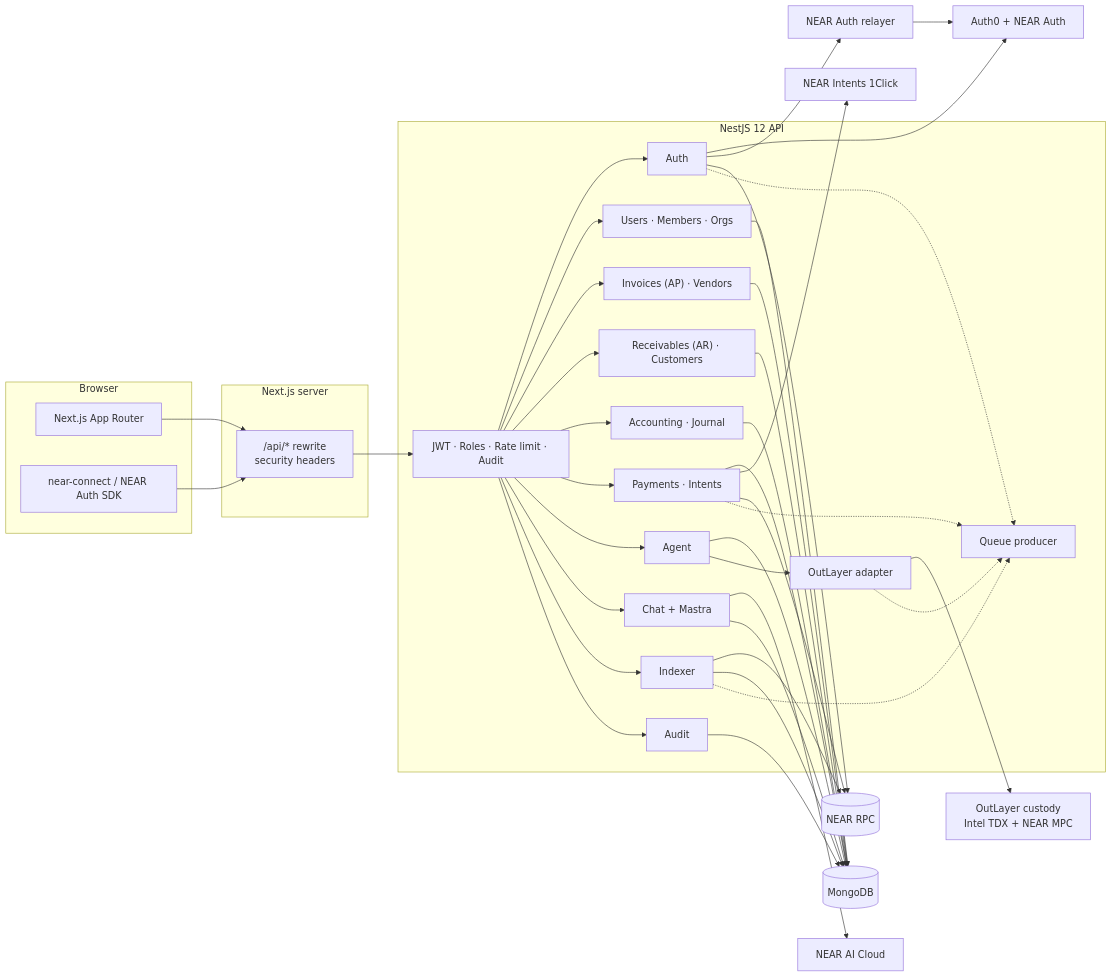
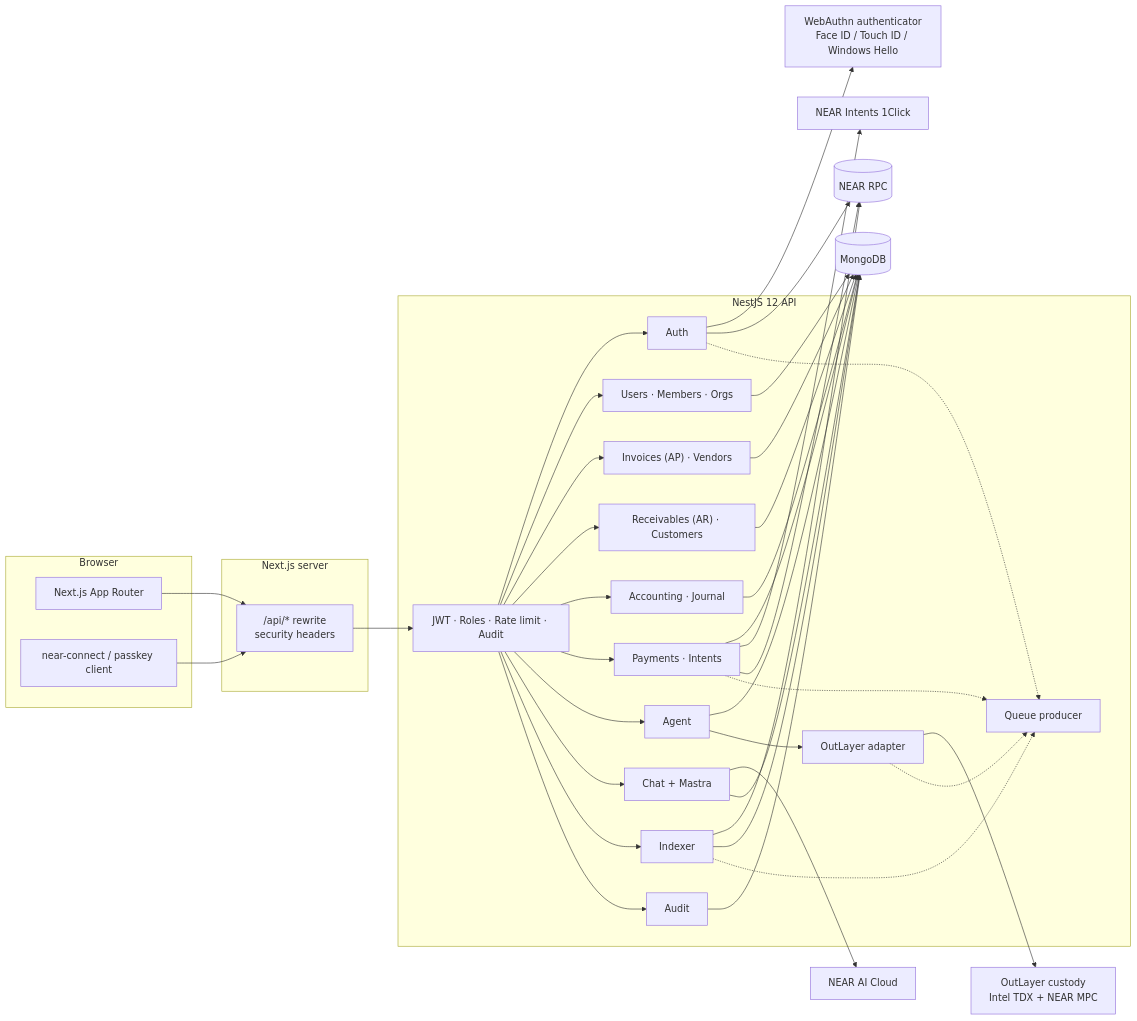
Before and after one commit to cryingraven/keiz-platform: the first of 16 diagrams in docs/architecture.md, drawn with Mermaid. The commit also changed other lines of this file and 51 other files, not shown here.

First line of the commit message:
feat(auth): implement WebAuthn challenge and credential schemas

````diff
--- a/docs/architecture.md
+++ b/docs/architecture.md
@@ -15,78 +15,75 @@
 ```mermaid
 flowchart LR
   subgraph Client["Browser"]
     UI["Next.js App Router"]
-    WalletUI["near-connect / NEAR Auth SDK"]
+    WalletUI["near-connect / passkey client"]
   end
 
   subgraph Edge["Next.js server"]
     Proxy["/api/* rewrite<br/>security headers"]
   end
 
   subgraph API["NestJS 12 API"]
     Guards["JWT · Roles · Rate limit · Audit"]
     AuthMod["Auth"]
     UsersMod["Users · Members · Orgs"]
     Ops["Invoices (AP) · Vendors"]
     ARMod["Receivables (AR) · Customers"]
     AccMod["Accounting · Journal"]
     PayMod["Payments · Intents"]
     AgentMod["Agent"]
     OutMod["OutLayer adapter"]
     ChatMod["Chat + Mastra"]
     Idx["Indexer"]
     AuditMod["Audit"]
     QueueMod["Queue producer"]
   end
 
   DB[("MongoDB")]
   RPC[("NEAR RPC")]
   OneClick["NEAR Intents 1Click"]
   OutLayer["OutLayer custody<br/>Intel TDX + NEAR MPC"]
   NEARAI["NEAR AI Cloud"]
-  Auth0["Auth0 + NEAR Auth"]
-  Relayer["NEAR Auth relayer"]
+  Passkey["WebAuthn authenticator<br/>Face ID / Touch ID / Windows Hello"]
 
   UI --> Proxy
   WalletUI --> Proxy
   Proxy --> Guards
   Guards --> AuthMod
   Guards --> UsersMod
   Guards --> Ops
   Guards --> ARMod
   Guards --> AccMod
   Guards --> PayMod
   Guards --> AgentMod
   Guards --> ChatMod
   Guards --> Idx
   Guards --> AuditMod
 
-  AuthMod --> Auth0
-  AuthMod --> Relayer
-  Relayer --> Auth0
+  AuthMod --> Passkey
   AuthMod --> RPC
 
   UsersMod --> DB
   Ops --> DB
   ARMod --> DB
   AccMod --> DB
   PayMod --> DB
   PayMod --> OneClick
   PayMod --> RPC
   AuditMod --> DB
 
   AgentMod --> DB
   AgentMod --> OutMod
   OutMod --> OutLayer
 
   ChatMod --> NEARAI
   ChatMod --> DB
 
   Idx --> RPC
   Idx --> DB
 
   PayMod -.-> QueueMod
   OutMod -.-> QueueMod
   Idx -.-> QueueMod
   AuthMod -.-> QueueMod
 ```
````
